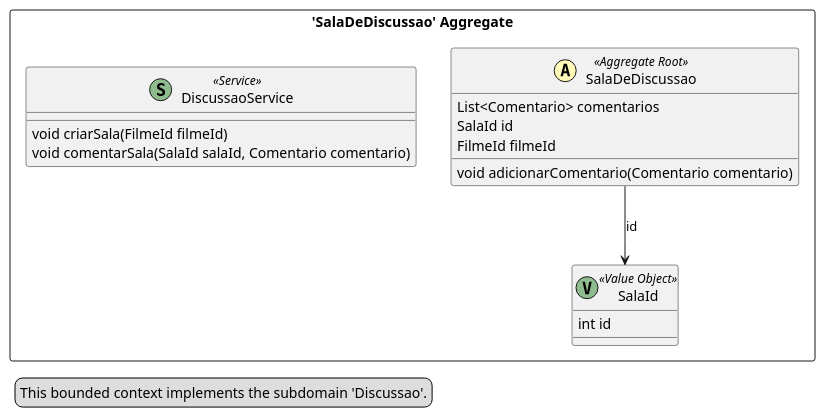
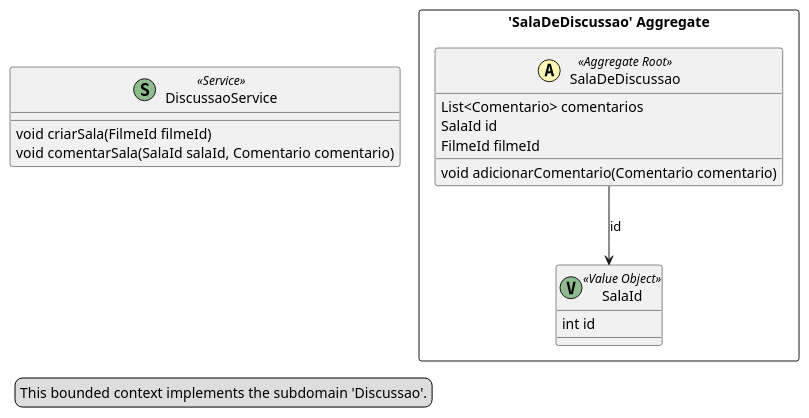
One commit to mariajuliapessoa/Plataforma-de-Cinema-Brasileiro changed the diagram in src-gen/Bracine_BC_Discussao.puml. Above: the diagram before and after it, drawn with PlantUML. The commit also changed 10 other files, not shown here.

```diff
--- a/src-gen/Bracine_BC_Discussao.puml
+++ b/src-gen/Bracine_BC_Discussao.puml
@@ -1,26 +1,26 @@
 @startuml
 
 skinparam componentStyle uml2
 
 package "'SalaDeDiscussao' Aggregate" <<Rectangle>> {
 	class SalaDeDiscussao <<(A,#fffab8) Aggregate Root>> {
 		List<Comentario> comentarios
 		SalaId id
 		FilmeId filmeId
 		void adicionarComentario(Comentario comentario)
 	}
 	class SalaId <<(V,DarkSeaGreen) Value Object>> {
 		int id
 	}
-	class DiscussaoService <<(S,DarkSeaGreen) Service>> {
-		void criarSala(FilmeId filmeId)
-		void comentarSala(SalaId salaId, Comentario comentario)
-	}
+}
+class DiscussaoService <<(S,DarkSeaGreen) Service>> {
+	void criarSala(FilmeId filmeId)
+	void comentarSala(SalaId salaId, Comentario comentario)
 }
 SalaDeDiscussao --> SalaId : id
 legend left
   This bounded context implements the subdomain 'Discussao'.
 end legend
 
 
 @enduml
```
